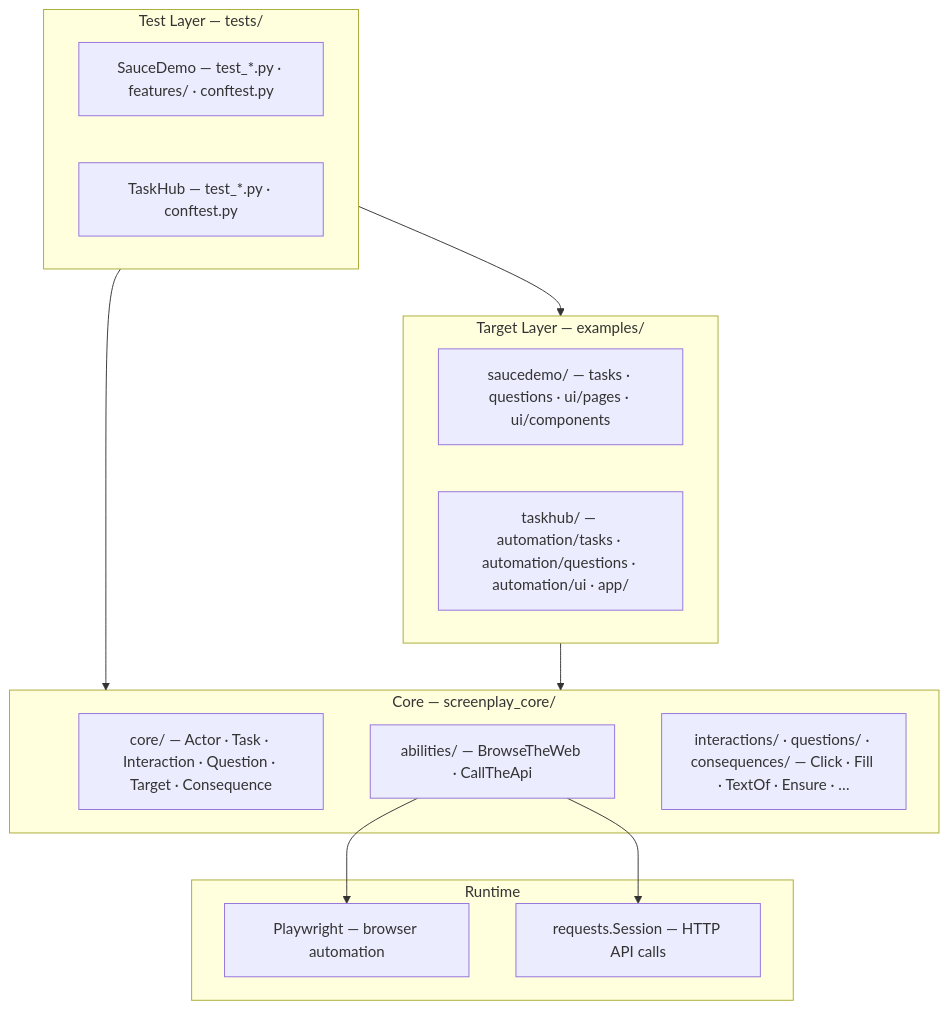
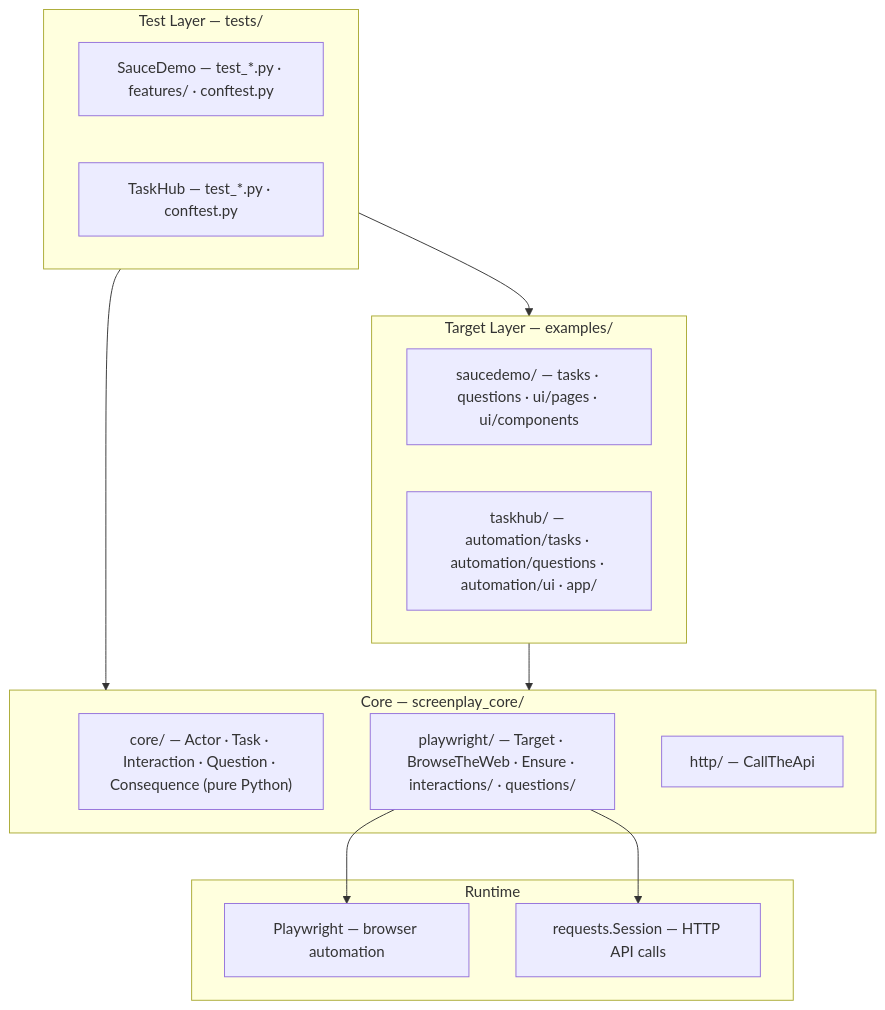
One commit to stansiris/playwright-pytest-screenplay-framework changed the first of 8 diagrams in docs/architecture.md. Above: the diagram before and after it, drawn with Mermaid. The commit also changed other lines of this file and 89 other files, not shown here.

First line of the commit message:
refactor(screenplay_core): split into core/, playwright/, and http/ submodules

````diff
--- a/docs/architecture.md
+++ b/docs/architecture.md
@@ -18,29 +18,29 @@
 ```mermaid
 flowchart TB
   subgraph TL["Test Layer — tests/"]
     SD["SauceDemo — test_*.py · features/ · conftest.py"]
     TH["TaskHub — test_*.py · conftest.py"]
   end
 
   subgraph EL["Target Layer — examples/"]
     SDE["saucedemo/ — tasks · questions · ui/pages · ui/components"]
     THE["taskhub/ — automation/tasks · automation/questions · automation/ui · app/"]
   end
 
   subgraph CL["Core — screenplay_core/"]
-    CORE["core/ — Actor · Task · Interaction · Question · Target · Consequence"]
-    AB["abilities/ — BrowseTheWeb · CallTheApi"]
-    BI["interactions/ · questions/ · consequences/ — Click · Fill · TextOf · Ensure · …"]
+    CORE["core/ — Actor · Task · Interaction · Question · Consequence (pure Python)"]
+    AB["playwright/ — Target · BrowseTheWeb · Ensure · interactions/ · questions/"]
+    BI["http/ — CallTheApi"]
   end
 
   subgraph RT["Runtime"]
     PW["Playwright — browser automation"]
     HTTP["requests.Session — HTTP API calls"]
   end
 
   TL --> EL
   TL --> CL
   EL --> CL
   AB --> PW
   AB --> HTTP
 ```
````
